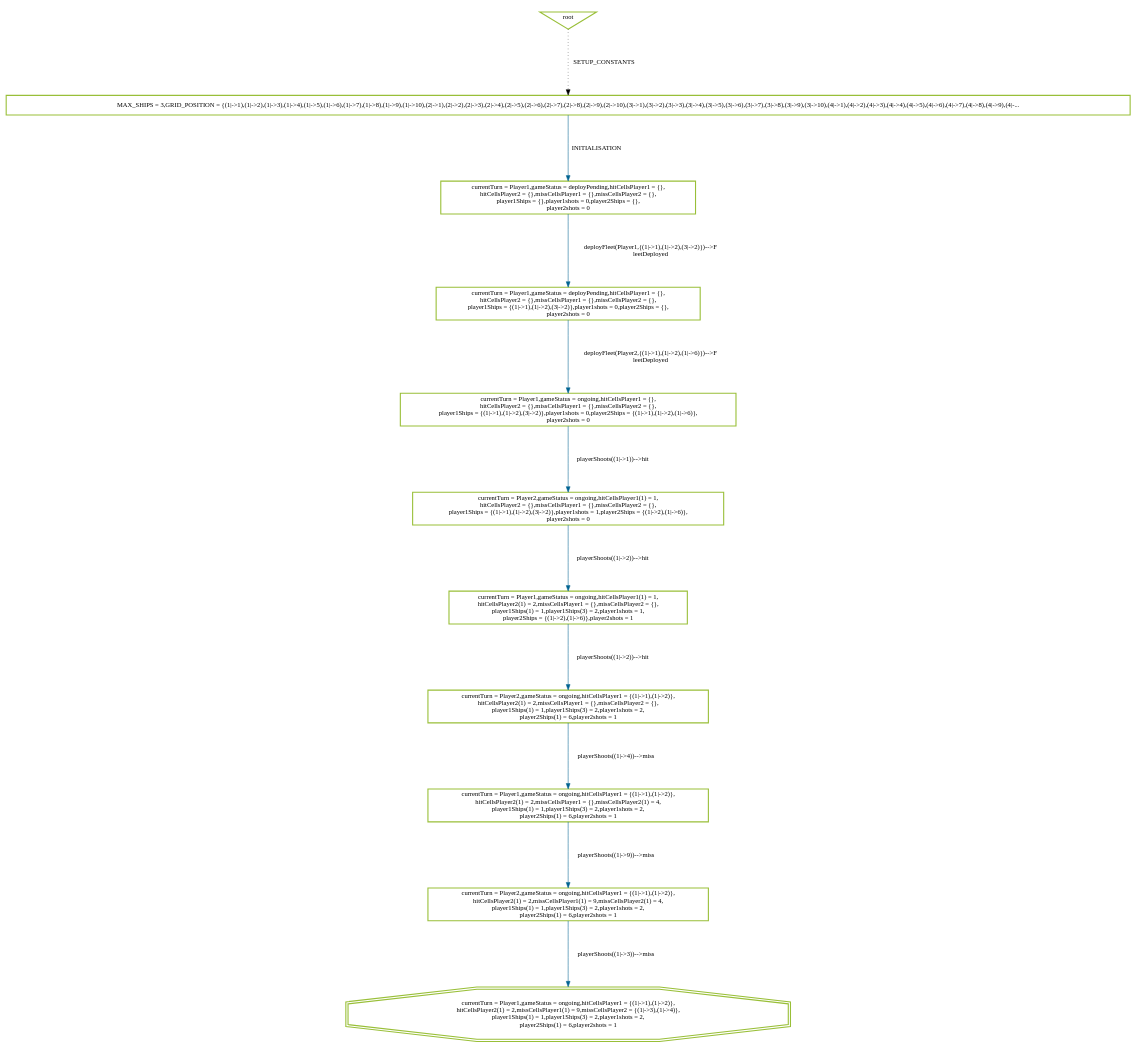
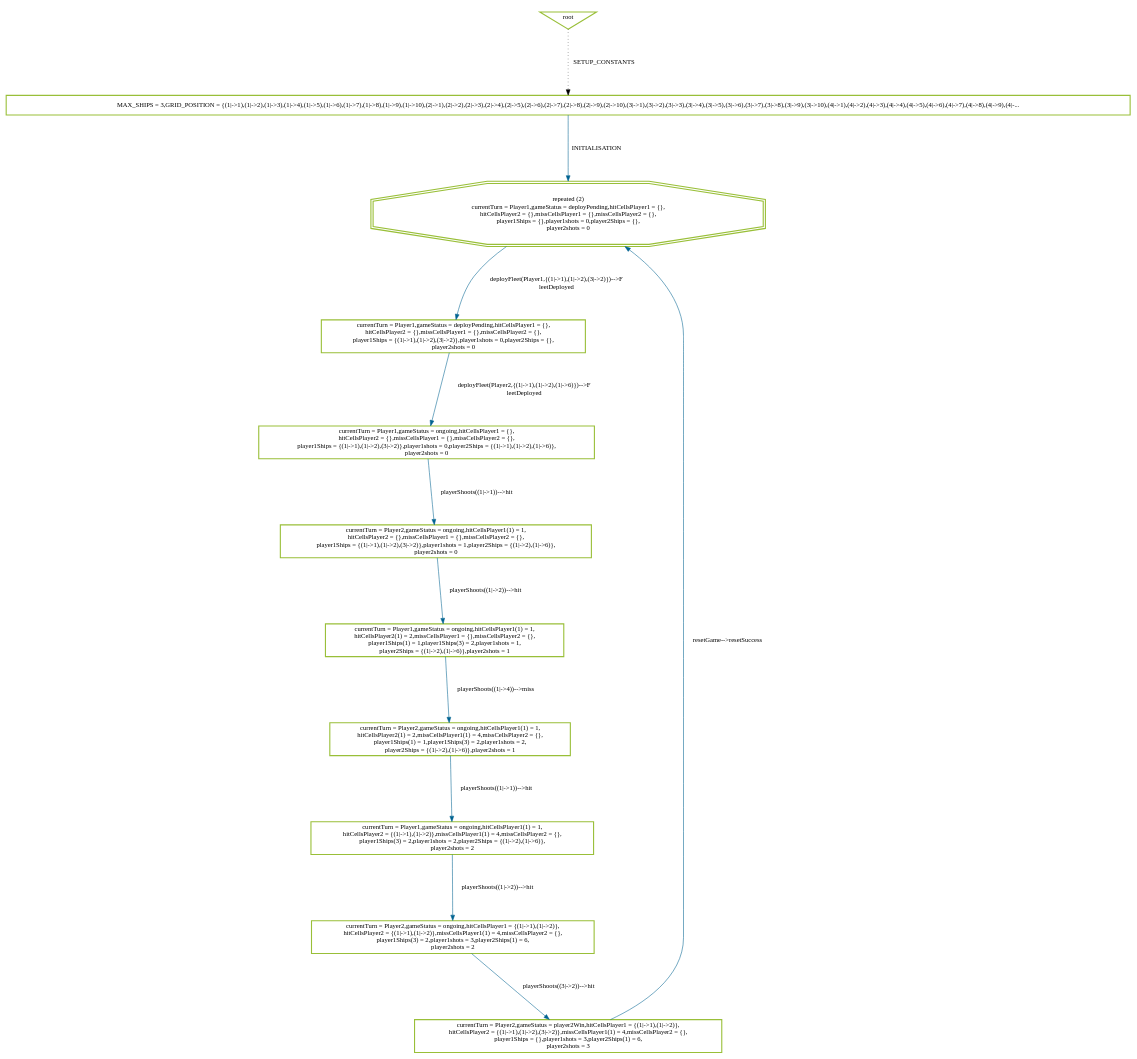
The diagram in Battleships_Main.dot (Induranga-kawishwara/FM_CourseWork), drawn with Graphviz before and after one commit.

```diff
--- a/Battleships_Main.dot
+++ b/Battleships_Main.dot
@@ -1,45 +1,47 @@
 digraph history {
 graph [nodesep=1.5, ranksep=1.5];
 0 [shape=box, color="#99BF38", fontsize=12, penwidth=2, label="MAX_SHIPS = 3,GRID_POSITION = \{(1\|-\>1),(1\|-\>2),(1\|-\>3),(1\|-\>4),(1\|-\>5),(1\|-\>6),(1\|-\>7),(1\|-\>8),(1\|-\>9),(1\|-\>10),(2\|-\>1),(2\|-\>2),(2\|-\>3),(2\|-\>4),(2\|-\>5),(2\|-\>6),(2\|-\>7),(2\|-\>8),(2\|-\>9),(2\|-\>10),(3\|-\>1),(3\|-\>2),(3\|-\>3),(3\|-\>4),(3\|-\>5),(3\|-\>6),(3\|-\>7),(3\|-\>8),(3\|-\>9),(3\|-\>10),(4\|-\>1),(4\|-\>2),(4\|-\>3),(4\|-\>4),(4\|-\>5),(4\|-\>6),(4\|-\>7),(4\|-\>8),(4\|-\>9),(4\|-..."];
 
-1 [shape=box, color="#99BF38", fontsize=12, penwidth=2, label="currentTurn = Player1,gameStatus = deployPending,hitCellsPlayer1 = \{\},\nhitCellsPlayer2 = \{\},missCellsPlayer1 = \{\},missCellsPlayer2 = \{\},\nplayer1Ships = \{\},player1shots = 0,player2Ships = \{\},\nplayer2shots = 0"];
+1 [shape=doubleoctagon, color="#99BF38", fontsize=12, penwidth=2, label="repeated (2)\ncurrentTurn = Player1,gameStatus = deployPending,hitCellsPlayer1 = \{\},\nhitCellsPlayer2 = \{\},missCellsPlayer1 = \{\},missCellsPlayer2 = \{\},\nplayer1Ships = \{\},player1shots = 0,player2Ships = \{\},\nplayer2shots = 0"];
 
 21 [shape=box, color="#99BF38", fontsize=12, penwidth=2, label="currentTurn = Player1,gameStatus = deployPending,hitCellsPlayer1 = \{\},\nhitCellsPlayer2 = \{\},missCellsPlayer1 = \{\},missCellsPlayer2 = \{\},\nplayer1Ships = \{(1\|-\>1),(1\|-\>2),(3\|-\>2)\},player1shots = 0,player2Ships = \{\},\nplayer2shots = 0"];
 
-105 [shape=box, color="#99BF38", fontsize=12, penwidth=2, label="currentTurn = Player1,gameStatus = ongoing,hitCellsPlayer1 = \{\},\nhitCellsPlayer2 = \{\},missCellsPlayer1 = \{\},missCellsPlayer2 = \{\},\nplayer1Ships = \{(1\|-\>1),(1\|-\>2),(3\|-\>2)\},player1shots = 0,player2Ships = \{(1\|-\>1),(1\|-\>2),(1\|-\>6)\},\nplayer2shots = 0"];
+1005 [shape=box, color="#99BF38", fontsize=12, penwidth=2, label="currentTurn = Player1,gameStatus = ongoing,hitCellsPlayer1 = \{\},\nhitCellsPlayer2 = \{\},missCellsPlayer1 = \{\},missCellsPlayer2 = \{\},\nplayer1Ships = \{(1\|-\>1),(1\|-\>2),(3\|-\>2)\},player1shots = 0,player2Ships = \{(1\|-\>1),(1\|-\>2),(1\|-\>6)\},\nplayer2shots = 0"];
 
-202 [shape=box, color="#99BF38", fontsize=12, penwidth=2, label="currentTurn = Player2,gameStatus = ongoing,hitCellsPlayer1(1) = 1,\nhitCellsPlayer2 = \{\},missCellsPlayer1 = \{\},missCellsPlayer2 = \{\},\nplayer1Ships = \{(1\|-\>1),(1\|-\>2),(3\|-\>2)\},player1shots = 1,player2Ships = \{(1\|-\>2),(1\|-\>6)\},\nplayer2shots = 0"];
+2002 [shape=box, color="#99BF38", fontsize=12, penwidth=2, label="currentTurn = Player2,gameStatus = ongoing,hitCellsPlayer1(1) = 1,\nhitCellsPlayer2 = \{\},missCellsPlayer1 = \{\},missCellsPlayer2 = \{\},\nplayer1Ships = \{(1\|-\>1),(1\|-\>2),(3\|-\>2)\},player1shots = 1,player2Ships = \{(1\|-\>2),(1\|-\>6)\},\nplayer2shots = 0"];
 
-303 [shape=box, color="#99BF38", fontsize=12, penwidth=2, label="currentTurn = Player1,gameStatus = ongoing,hitCellsPlayer1(1) = 1,\nhitCellsPlayer2(1) = 2,missCellsPlayer1 = \{\},missCellsPlayer2 = \{\},\nplayer1Ships(1) = 1,player1Ships(3) = 2,player1shots = 1,\nplayer2Ships = \{(1\|-\>2),(1\|-\>6)\},player2shots = 1"];
+2103 [shape=box, color="#99BF38", fontsize=12, penwidth=2, label="currentTurn = Player1,gameStatus = ongoing,hitCellsPlayer1(1) = 1,\nhitCellsPlayer2(1) = 2,missCellsPlayer1 = \{\},missCellsPlayer2 = \{\},\nplayer1Ships(1) = 1,player1Ships(3) = 2,player1shots = 1,\nplayer2Ships = \{(1\|-\>2),(1\|-\>6)\},player2shots = 1"];
 
-402 [shape=box, color="#99BF38", fontsize=12, penwidth=2, label="currentTurn = Player2,gameStatus = ongoing,hitCellsPlayer1 = \{(1\|-\>1),(1\|-\>2)\},\nhitCellsPlayer2(1) = 2,missCellsPlayer1 = \{\},missCellsPlayer2 = \{\},\nplayer1Ships(1) = 1,player1Ships(3) = 2,player1shots = 2,\nplayer2Ships(1) = 6,player2shots = 1"];
+2204 [shape=box, color="#99BF38", fontsize=12, penwidth=2, label="currentTurn = Player2,gameStatus = ongoing,hitCellsPlayer1(1) = 1,\nhitCellsPlayer2(1) = 2,missCellsPlayer1(1) = 4,missCellsPlayer2 = \{\},\nplayer1Ships(1) = 1,player1Ships(3) = 2,player1shots = 2,\nplayer2Ships = \{(1\|-\>2),(1\|-\>6)\},player2shots = 1"];
 
-503 [shape=box, color="#99BF38", fontsize=12, penwidth=2, label="currentTurn = Player1,gameStatus = ongoing,hitCellsPlayer1 = \{(1\|-\>1),(1\|-\>2)\},\nhitCellsPlayer2(1) = 2,missCellsPlayer1 = \{\},missCellsPlayer2(1) = 4,\nplayer1Ships(1) = 1,player1Ships(3) = 2,player1shots = 2,\nplayer2Ships(1) = 6,player2shots = 1"];
+2301 [shape=box, color="#99BF38", fontsize=12, penwidth=2, label="currentTurn = Player1,gameStatus = ongoing,hitCellsPlayer1(1) = 1,\nhitCellsPlayer2 = \{(1\|-\>1),(1\|-\>2)\},missCellsPlayer1(1) = 4,missCellsPlayer2 = \{\},\nplayer1Ships(3) = 2,player1shots = 2,player2Ships = \{(1\|-\>2),(1\|-\>6)\},\nplayer2shots = 2"];
 
-606 [shape=box, color="#99BF38", fontsize=12, penwidth=2, label="currentTurn = Player2,gameStatus = ongoing,hitCellsPlayer1 = \{(1\|-\>1),(1\|-\>2)\},\nhitCellsPlayer2(1) = 2,missCellsPlayer1(1) = 9,missCellsPlayer2(1) = 4,\nplayer1Ships(1) = 1,player1Ships(3) = 2,player1shots = 2,\nplayer2Ships(1) = 6,player2shots = 1"];
+2400 [shape=box, color="#99BF38", fontsize=12, penwidth=2, label="currentTurn = Player2,gameStatus = ongoing,hitCellsPlayer1 = \{(1\|-\>1),(1\|-\>2)\},\nhitCellsPlayer2 = \{(1\|-\>1),(1\|-\>2)\},missCellsPlayer1(1) = 4,missCellsPlayer2 = \{\},\nplayer1Ships(3) = 2,player1shots = 3,player2Ships(1) = 6,\nplayer2shots = 2"];
 
-699 [shape=doubleoctagon, color="#99BF38", fontsize=12, penwidth=2, label="currentTurn = Player1,gameStatus = ongoing,hitCellsPlayer1 = \{(1\|-\>1),(1\|-\>2)\},\nhitCellsPlayer2(1) = 2,missCellsPlayer1(1) = 9,missCellsPlayer2 = \{(1\|-\>3),(1\|-\>4)\},\nplayer1Ships(1) = 1,player1Ships(3) = 2,player1shots = 2,\nplayer2Ships(1) = 6,player2shots = 1"];
+2517 [shape=box, color="#99BF38", fontsize=12, penwidth=2, label="currentTurn = Player2,gameStatus = player2Win,hitCellsPlayer1 = \{(1\|-\>1),(1\|-\>2)\},\nhitCellsPlayer2 = \{(1\|-\>1),(1\|-\>2),(3\|-\>2)\},missCellsPlayer1(1) = 4,missCellsPlayer2 = \{\},\nplayer1Ships = \{\},player1shots = 3,player2Ships(1) = 6,\nplayer2shots = 3"];
 
 root [shape=invtriangle, color="#99BF38", fontsize=12, penwidth=2, label="root"];
 
 root -> 0 [style = dotted, color = black, label="SETUP_CONSTANTS", fontsize=12];
 
 0 -> 1 [color = "#006391", label="INITIALISATION", fontsize=12];
 
 1 -> 21 [color = "#006391", label="deployFleet(Player1,\{(1\|-\>1),(1\|-\>2),(3\|-\>2)\})--\>F\nleetDeployed", fontsize=12];
 
-21 -> 105 [color = "#006391", label="deployFleet(Player2,\{(1\|-\>1),(1\|-\>2),(1\|-\>6)\})--\>F\nleetDeployed", fontsize=12];
+21 -> 1005 [color = "#006391", label="deployFleet(Player2,\{(1\|-\>1),(1\|-\>2),(1\|-\>6)\})--\>F\nleetDeployed", fontsize=12];
 
-105 -> 202 [color = "#006391", label="playerShoots((1\|-\>1))--\>hit", fontsize=12];
+1005 -> 2002 [color = "#006391", label="playerShoots((1\|-\>1))--\>hit", fontsize=12];
 
-202 -> 303 [color = "#006391", label="playerShoots((1\|-\>2))--\>hit", fontsize=12];
+2002 -> 2103 [color = "#006391", label="playerShoots((1\|-\>2))--\>hit", fontsize=12];
 
-303 -> 402 [color = "#006391", label="playerShoots((1\|-\>2))--\>hit", fontsize=12];
+2103 -> 2204 [color = "#006391", label="playerShoots((1\|-\>4))--\>miss", fontsize=12];
 
-402 -> 503 [color = "#006391", label="playerShoots((1\|-\>4))--\>miss", fontsize=12];
+2204 -> 2301 [color = "#006391", label="playerShoots((1\|-\>1))--\>hit", fontsize=12];
 
-503 -> 606 [color = "#006391", label="playerShoots((1\|-\>9))--\>miss", fontsize=12];
+2301 -> 2400 [color = "#006391", label="playerShoots((1\|-\>2))--\>hit", fontsize=12];
 
-606 -> 699 [color = "#006391", label="playerShoots((1\|-\>3))--\>miss", fontsize=12];
+2400 -> 2517 [color = "#006391", label="playerShoots((3\|-\>2))--\>hit", fontsize=12];
+
+2517 -> 1 [color = "#006391", label="resetGame--\>resetSuccess", fontsize=12];
 
 }
```
